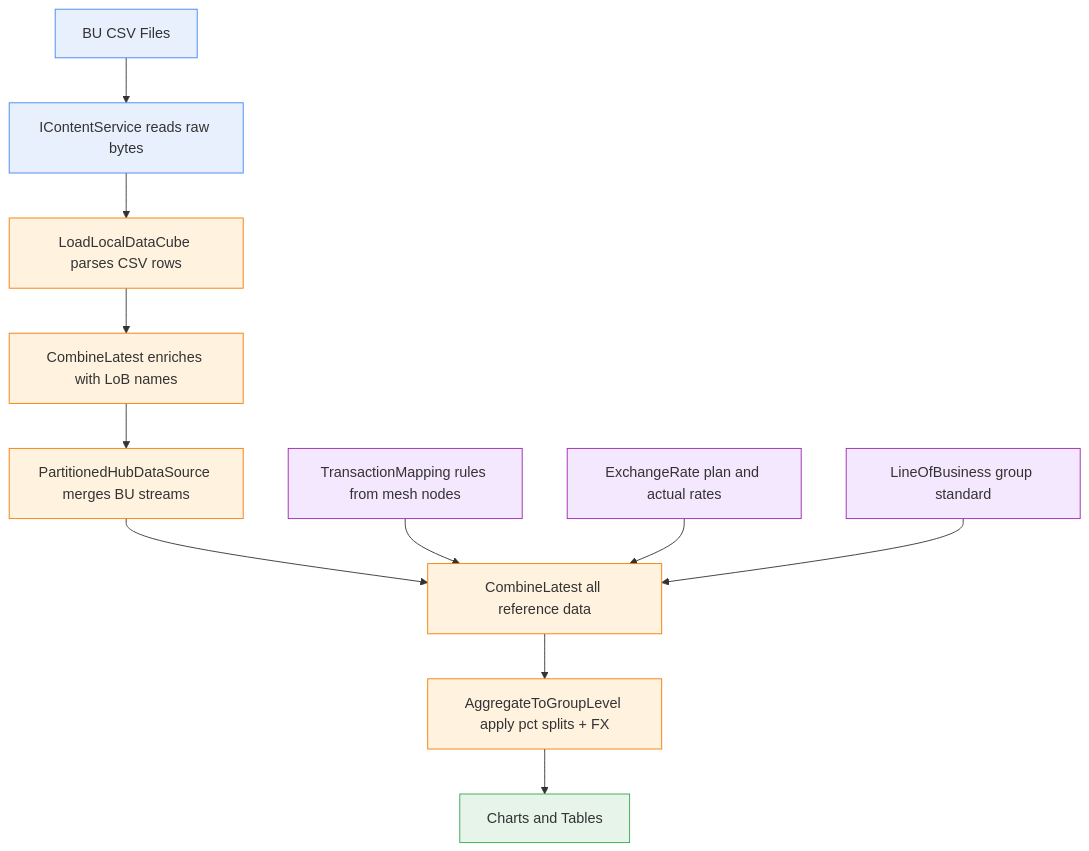
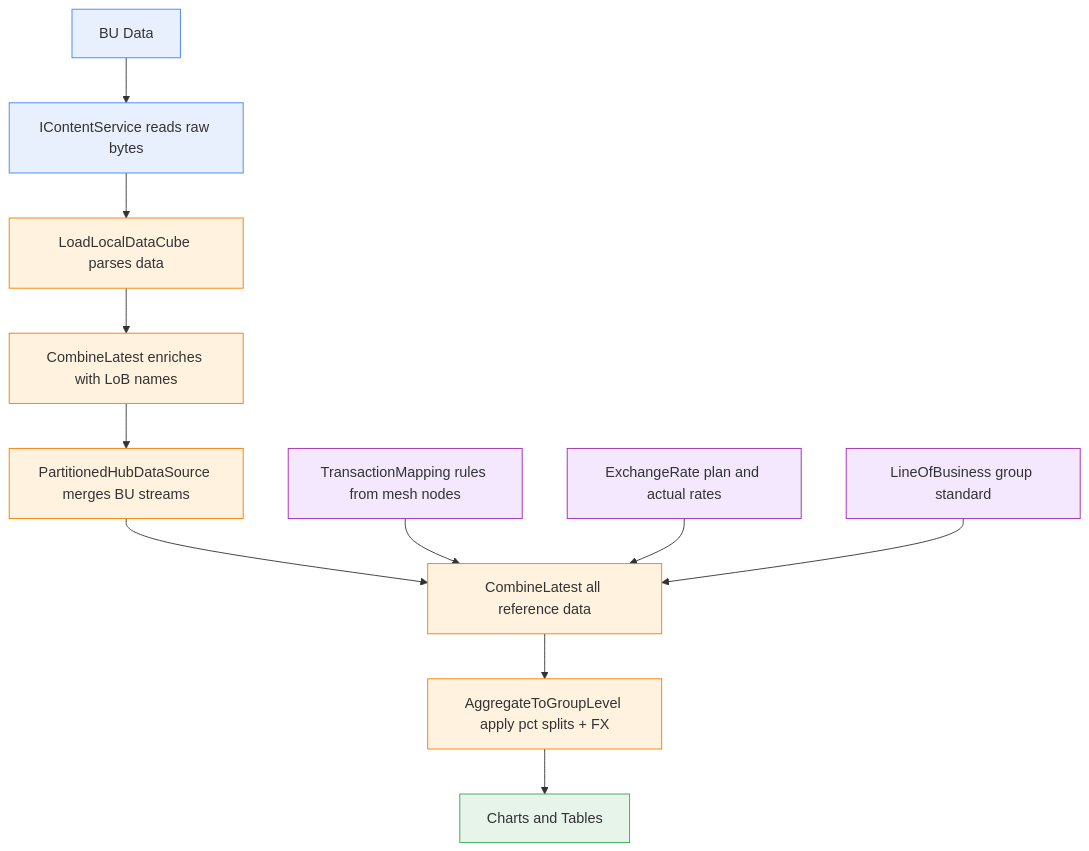
Before and after one commit to Systemorph/MeshWeaver: the third of 3 diagrams in samples/Graph/Data/FutuRe/DataDistribution.md, drawn with Mermaid. The commit also changed other lines of this file and 1 other file, not shown here.

Commit message:
Removed mentioning of csv in demo .md files (text and diagrams)

````diff
--- a/samples/Graph/Data/FutuRe/DataDistribution.md
+++ b/samples/Graph/Data/FutuRe/DataDistribution.md
@@ -100,32 +100,32 @@
 ```mermaid
 graph TD
-    CSV[BU CSV Files]
+    CSV[BU Data]
     CONTENT[IContentService reads raw bytes]
-    PARSE[LoadLocalDataCube parses CSV rows]
+    PARSE[LoadLocalDataCube parses data]
     ENRICH[CombineLatest enriches with LoB names]
 
     CSV --> CONTENT --> PARSE --> ENRICH
 
     ENRICH --> PHDS[PartitionedHubDataSource merges BU streams]
 
     MAPPINGS[TransactionMapping rules from mesh nodes]
     FX[ExchangeRate plan and actual rates]
     LOBS[LineOfBusiness group standard]
 
     PHDS --> COMBINE[CombineLatest all reference data]
     MAPPINGS --> COMBINE
     FX --> COMBINE
     LOBS --> COMBINE
 
     COMBINE --> AGG[AggregateToGroupLevel apply pct splits + FX]
     AGG --> CHARTS[Charts and Tables]
 
     classDef data fill:#e8f0fe,stroke:#4285f4,color:#333
     classDef process fill:#fff3e0,stroke:#f57c00,color:#333
     classDef ref fill:#f3e8fd,stroke:#9c27b0,color:#333
     classDef output fill:#e6f4ea,stroke:#34a853,color:#333
     class CSV,CONTENT data
     class PARSE,ENRICH,PHDS,COMBINE,AGG process
     class MAPPINGS,FX,LOBS ref
     class CHARTS output
 ```
````
